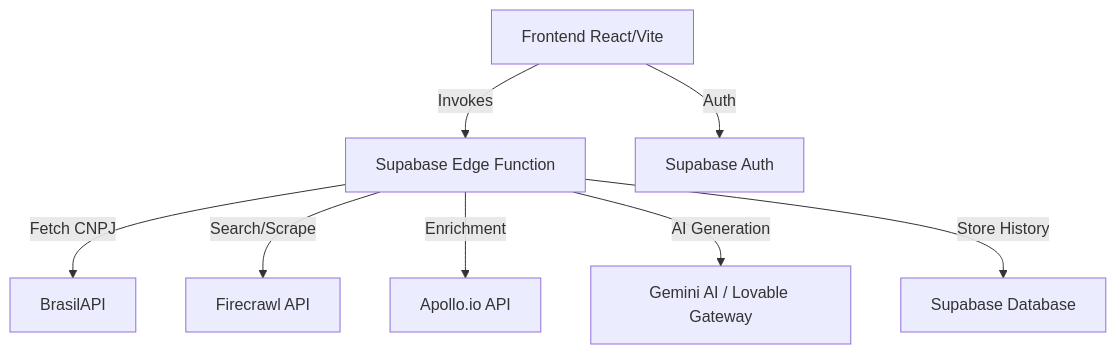
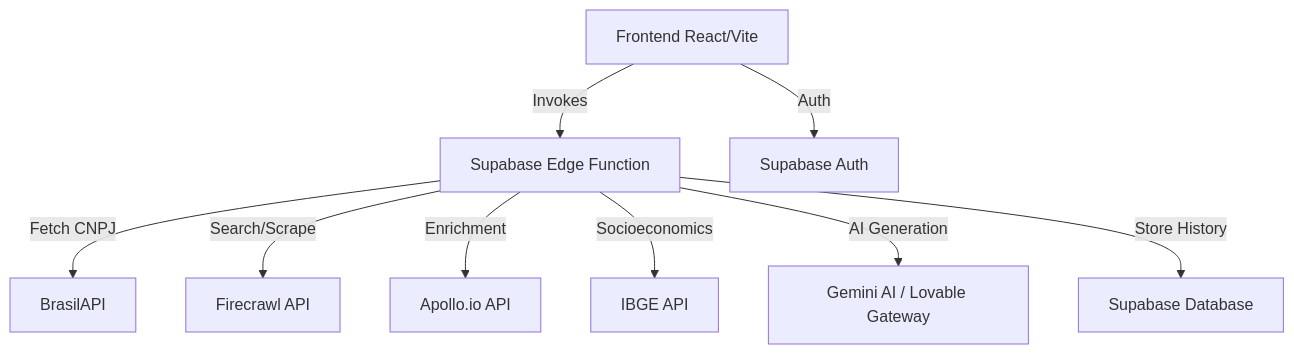
One commit to IaraHaizer/enriquecedorb2b changed the diagram in technical_documentation.md. Above: the diagram before and after it, drawn with Mermaid. The commit also changed other lines of this file and 1 other file, not shown here.

````diff
--- a/technical_documentation.md
+++ b/technical_documentation.md
@@ -6,10 +6,11 @@
 ```mermaid
 graph TD
     A[Frontend React/Vite] -->|Invokes| B[Supabase Edge Function]
     B -->|Fetch CNPJ| C[BrasilAPI]
     B -->|Search/Scrape| D[Firecrawl API]
     B -->|Enrichment| H[Apollo.io API]
+    B -->|Socioeconomics| I[IBGE API]
     B -->|AI Generation| E[Gemini AI / Lovable Gateway]
     B -->|Store History| F[Supabase Database]
     A -->|Auth| G[Supabase Auth]
 ```
````
